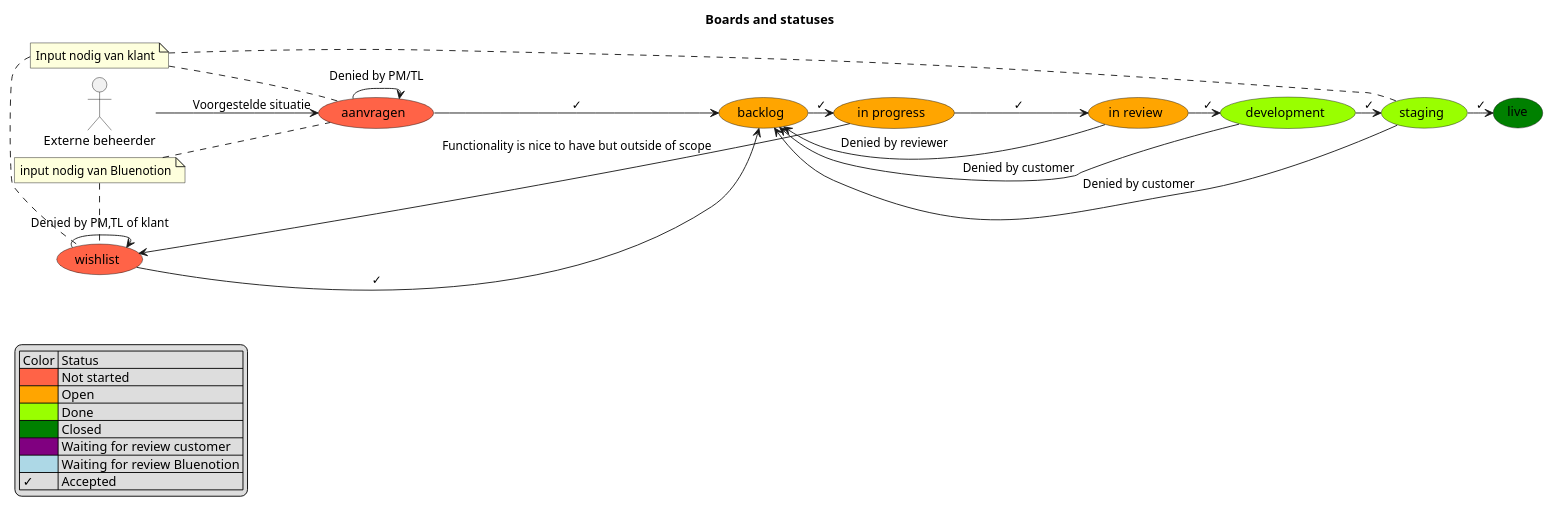
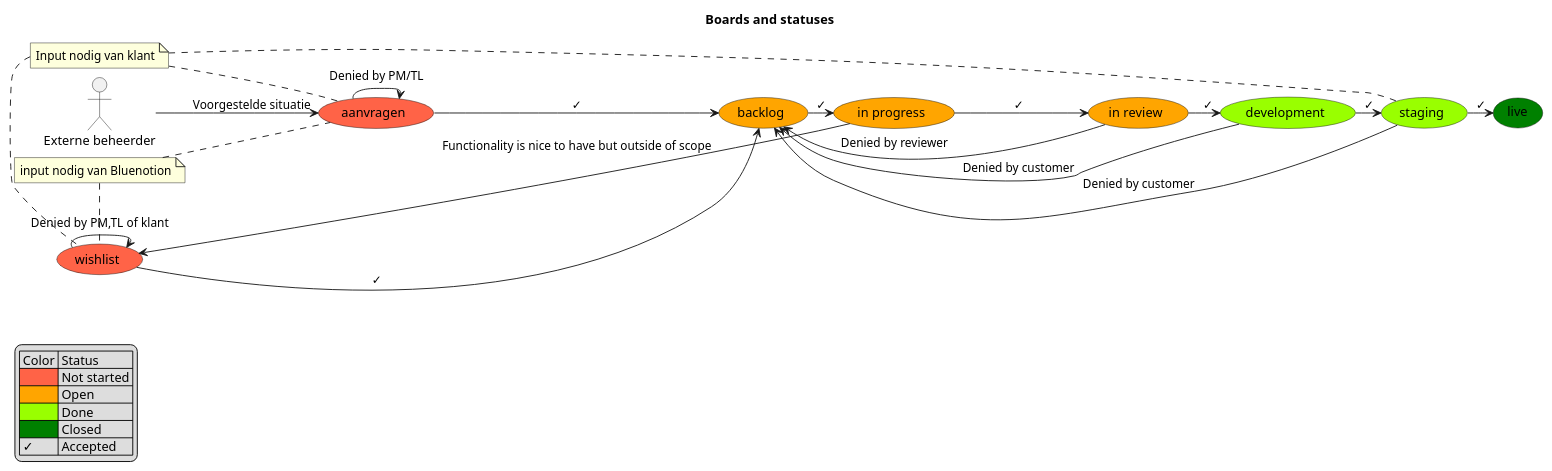
Before and after one commit to DCReceveur/pre-afstudeer-docs: the fourth of 7 diagrams in Documentatie/Functioneel/FunctioneelOntwerp.md, drawn with PlantUML. The commit also changed other lines of this file and 5 other files, not shown here.

````diff
--- a/Documentatie/Functioneel/FunctioneelOntwerp.md
+++ b/Documentatie/Functioneel/FunctioneelOntwerp.md
@@ -222,60 +225,60 @@
 ```puml
 title Boards and statuses
 skinparam nodesep 10
 skinparam ranksep 10
 left to right direction
 skinparam groupInheritance 3
 
 ' skinparam linetype polyline
 ' skinparam linetype ortho
 (backlog) #orange
 (in progress) as in_progress  #orange
 (in review) as in_review #orange 
 (development) #99FF00
 (staging) #99FF00
 (live) #green
 (wishlist) #Tomato
 (aanvragen) #Tomato
 ' (awaiting customer) as awaiting_customer #red
 actor "Externe beheerder" as EK
 
 note "Input nodig van klant" as customernotifynote 
 ' #Purple
 note "input nodig van Bluenotion" as bluenote 
 ' #Lightblue
 
 customernotifynote .[norank]. wishlist
 customernotifynote .[norank]. staging
 customernotifynote .[norank]. aanvragen
 bluenote .[norank]. aanvragen
 bluenote .[norank]. wishlist
 
 aanvragen -DOWN-> backlog : ✓
 wishlist -[norank]-> backlog : ✓
 backlog -DOWN-> in_progress : ✓
 in_progress -DOWN-> in_review : ✓
 in_review -DOWN-> development : ✓
 development -DOWN-> staging : ✓
 staging -DOWN-> live : ✓
 in_review -[norank]-> backlog : Denied by reviewer
 wishlist -[norank]-> wishlist : Denied by PM,TL of klant
 aanvragen -[norank]-> aanvragen : Denied by PM/TL
 development -[norank]-> backlog : Denied by customer
 staging -[norank]-> backlog : Denied by customer
 in_progress -[norank]-> wishlist : Functionality is nice to have but outside of scope
 EK --> aanvragen : Voorgestelde situatie
 ' EK ..[norank]..> backlog : Oude situatie
 
 
 legend left
     | Color | Status |
     | <#Tomato> | Not started |
     |<#Orange>| Open |
     |<#99FF00>| Done |
     |<#Green>| Closed |
-    |<#Purple> | Waiting for review customer |
-    |<#LightBlue>  | Waiting for review Bluenotion |
+'    |<#Purple> | Waiting for review customer |
+'    |<#LightBlue>  | Waiting for review Bluenotion |
     | ✓ | Accepted |
 endlegend
 
 ```
````
